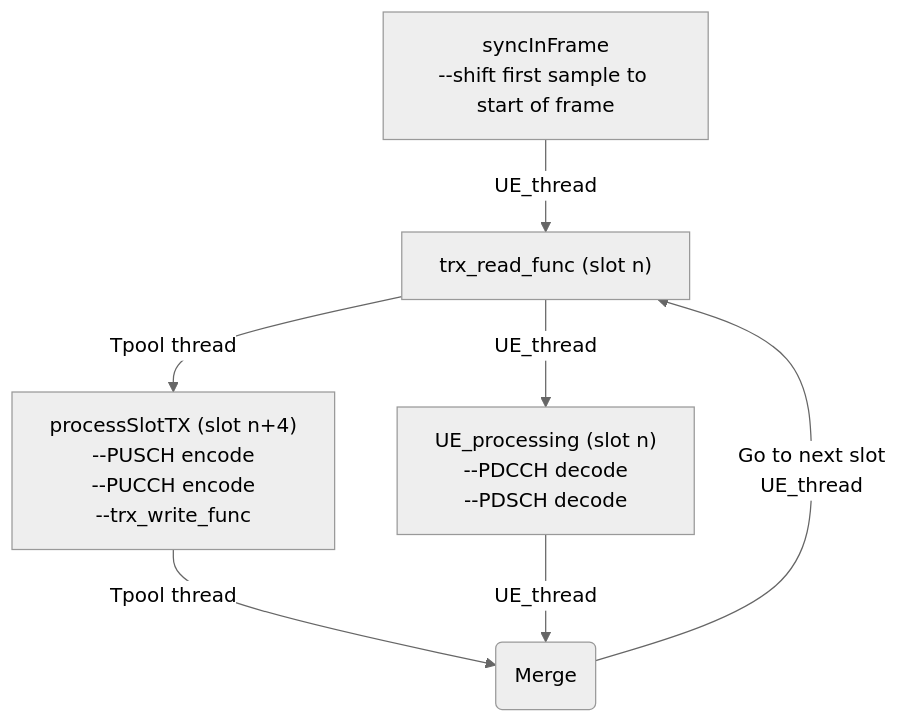
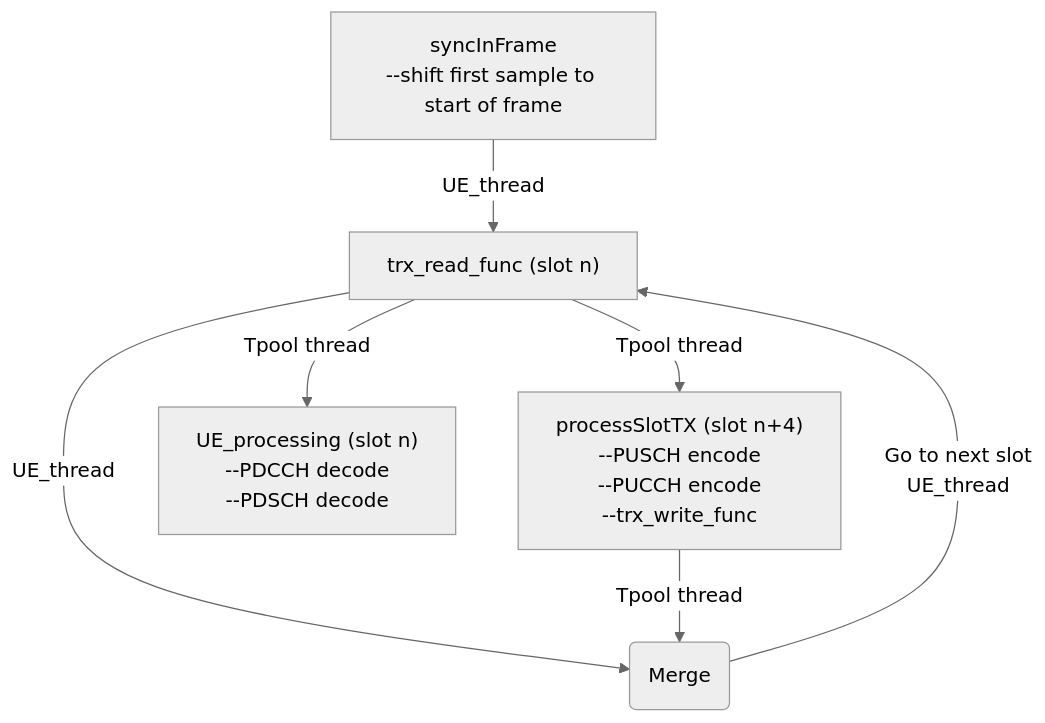
One commit to OPENAIRINTERFACE/openairinterface5g changed the third of 3 diagrams in doc/nr-ue-design.md. Above: the diagram before and after it, drawn with Mermaid (neutral theme).

````diff
--- a/doc/nr-ue-design.md
+++ b/doc/nr-ue-design.md
@@ -26,9 +26,9 @@
 ```mermaid
 graph TD
     E[syncInFrame<br/>--shift first sample to start of frame] -->|UE_thread| F["trx_read_func (slot n)"]
     F --> |Tpool thread| G["processSlotTX (slot n+4)<br/>--PUSCH encode<br/>--PUCCH encode<br/>--trx_write_func"]
-    F --> |UE_thread| H["UE_processing (slot n)<br/>--PDCCH decode<br/>--PDSCH decode"]
-    G --> |Tpool thread| I(Merge)
-    H --> |UE_thread| I(Merge)
+    F --> |Tpool thread| J["UE_processing (slot n)<br/>--PDCCH decode<br/>--PDSCH decode"]
+    F --> |UE_thread| I(Merge)
+    G --> |Tpool thread| I
     I --> |Go to next slot<br/>UE_thread| F
 ```
````
